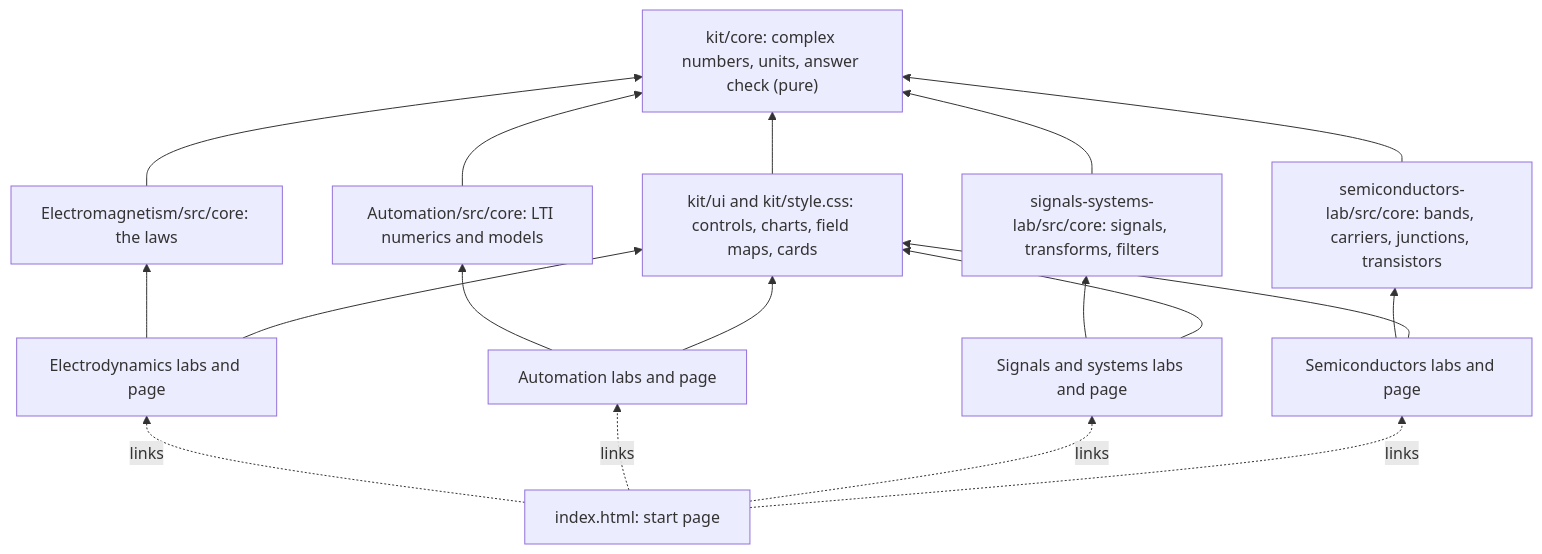
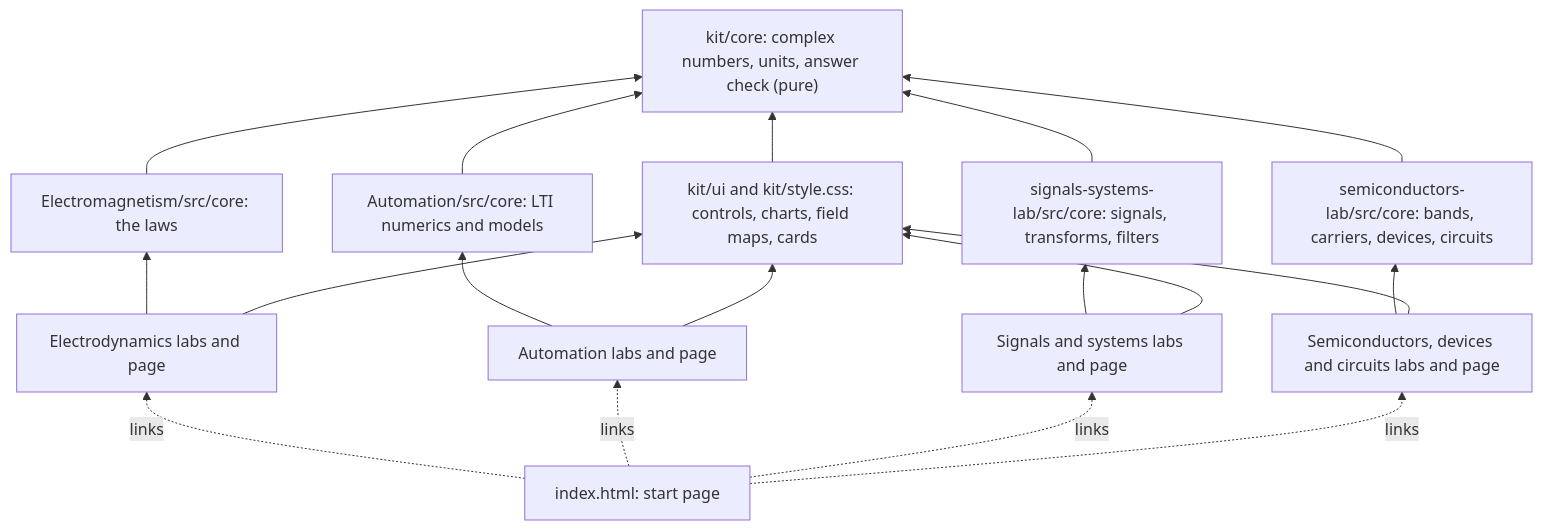
One commit to Abdulhamid-Baghdadi/bachelor-lectures-aid-kit changed the diagram in README.md. Above: the diagram before and after it, drawn with Mermaid. The commit also changed other lines of this file and 26 other files, not shown here.

First line of the commit message:
Fuse Schaltungstechnik into the lab: Semiconductors, devices and circuits

````diff
--- a/README.md
+++ b/README.md
@@ -44,31 +44,31 @@
 ```mermaid
 flowchart BT
   kc["kit/core: complex numbers, units, answer check (pure)"]
   ku["kit/ui and kit/style.css: controls, charts, field maps, cards"]
   ec["Electromagnetism/src/core: the laws"]
   ac["Automation/src/core: LTI numerics and models"]
   sc["signals-systems-lab/src/core: signals, transforms, filters"]
-  hc["semiconductors-lab/src/core: bands, carriers, junctions, transistors"]
+  hc["semiconductors-lab/src/core: bands, carriers, devices, circuits"]
   el["Electrodynamics labs and page"]
   al["Automation labs and page"]
   sl["Signals and systems labs and page"]
-  hl["Semiconductors labs and page"]
+  hl["Semiconductors, devices and circuits labs and page"]
   start["index.html: start page"]
   ku --> kc
   ec --> kc
   ac --> kc
   sc --> kc
   hc --> kc
   el --> ec
   el --> ku
   al --> ac
   al --> ku
   sl --> sc
   sl --> ku
   hl --> hc
   hl --> ku
   start -. links .-> el
   start -. links .-> al
   start -. links .-> sl
   start -. links .-> hl
 ```
````
